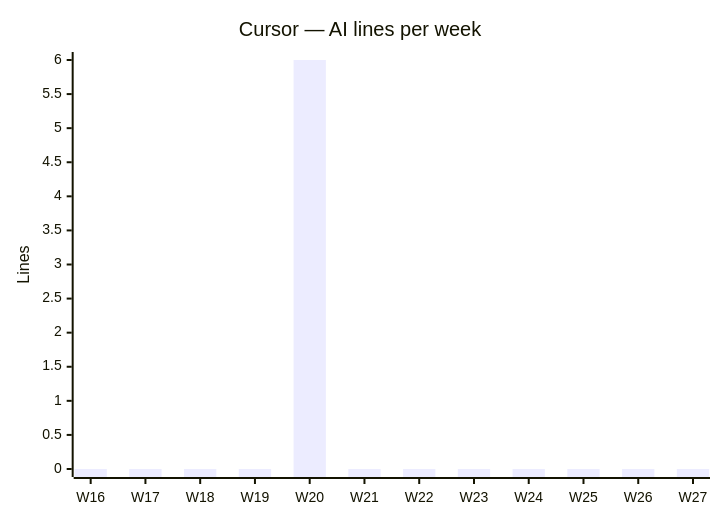
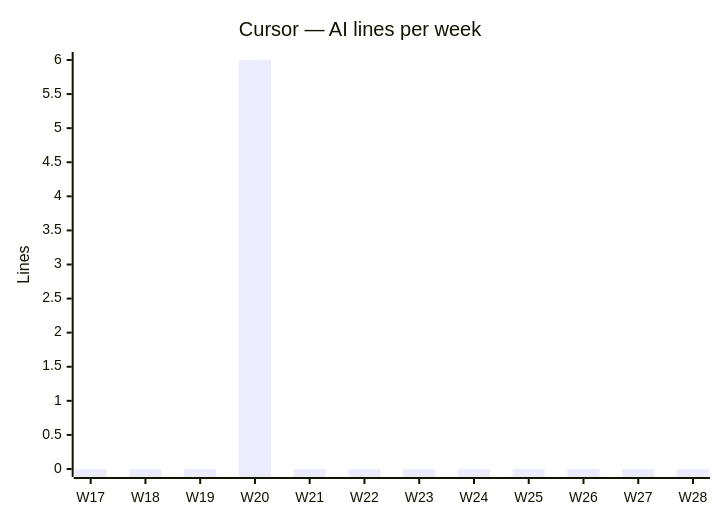
Before and after one commit to fromwaydowntown/ai-use: the fourth of 4 diagrams in docs/AI_USAGE.md, drawn with Mermaid. The commit also changed other lines of this file, not shown here.

````diff
--- a/docs/AI_USAGE.md
+++ b/docs/AI_USAGE.md
@@ -49,7 +49,7 @@
 ```mermaid
 xychart-beta
     title "Cursor — AI lines per week"
-    x-axis ["W16", "W17", "W18", "W19", "W20", "W21", "W22", "W23", "W24", "W25", "W26", "W27"]
+    x-axis ["W17", "W18", "W19", "W20", "W21", "W22", "W23", "W24", "W25", "W26", "W27", "W28"]
     y-axis "Lines"
-    bar [0, 0, 0, 0, 6, 0, 0, 0, 0, 0, 0, 0]
+    bar [0, 0, 0, 6, 0, 0, 0, 0, 0, 0, 0, 0]
 ```
````
